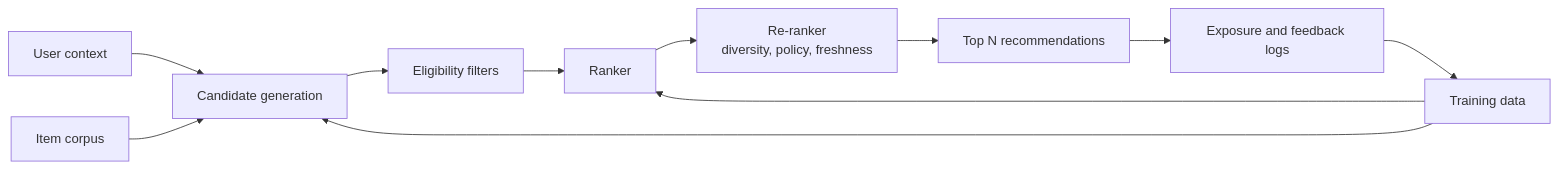
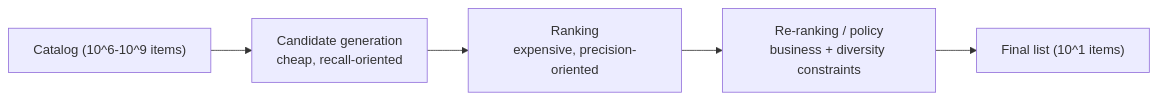
One commit to binarydevelop/system-design-patterns changed the diagram in 16-ml-systems/07-recommendation-systems.md. Above: the diagram before and after it, drawn with Mermaid. The commit also changed other lines of this file, not shown here.

````diff
--- a/16-ml-systems/07-recommendation-systems.md
+++ b/16-ml-systems/07-recommendation-systems.md
@@ -13,13 +13,7 @@
 ```mermaid
 flowchart LR
-    USER["User context"] --> CAND["Candidate generation"]
-    ITEM["Item corpus"] --> CAND
-    CAND --> FILTER["Eligibility filters"]
-    FILTER --> RANK["Ranker"]
-    RANK --> RERANK["Re-ranker<br/>diversity, policy, freshness"]
-    RERANK --> RESP["Top N recommendations"]
-    RESP --> LOG["Exposure and feedback logs"]
-    LOG --> TRAIN["Training data"]
-    TRAIN --> CAND
-    TRAIN --> RANK
+    CATALOG["Catalog (10^6-10^9 items)"] --> RETRIEVE["Candidate generation<br/>cheap, recall-oriented"]
+    RETRIEVE --> RANK["Ranking<br/>expensive, precision-oriented"]
+    RANK --> RERANK["Re-ranking / policy<br/>business + diversity constraints"]
+    RERANK --> SERVE["Final list (10^1 items)"]
 ```
````
